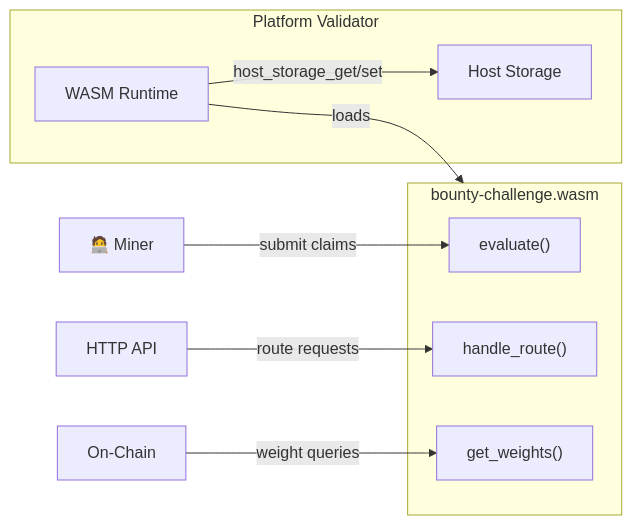
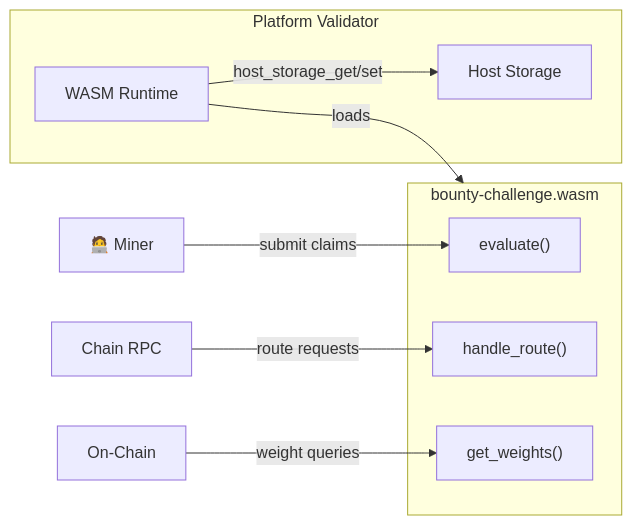
One commit to PlatformNetwork/bounty-challenge changed the diagram in README.md. Above: the diagram before and after it, drawn with Mermaid. The commit also changed other lines of this file and 10 other files, not shown here.

First line of the commit message:
feat(cli): add bounty-cli binary and update docs for chain RPC

````diff
--- a/README.md
+++ b/README.md
@@ -24,19 +96,19 @@
 ```mermaid
 flowchart LR
     subgraph Validator["Platform Validator"]
         Runtime["WASM Runtime"]
         Storage["Host Storage"]
         Runtime -->|"host_storage_get/set"| Storage
     end
     
     subgraph Module["bounty-challenge.wasm"]
         Evaluate["evaluate()"]
         Routes["handle_route()"]
         Weights["get_weights()"]
     end
     
     Runtime -->|"loads"| Module
     Miner["🧑‍💻 Miner"] -->|"submit claims"| Evaluate
-    API["HTTP API"] -->|"route requests"| Routes
+    API["Chain RPC"] -->|"route requests"| Routes
     Chain["On-Chain"] -->|"weight queries"| Weights
 ```
````
